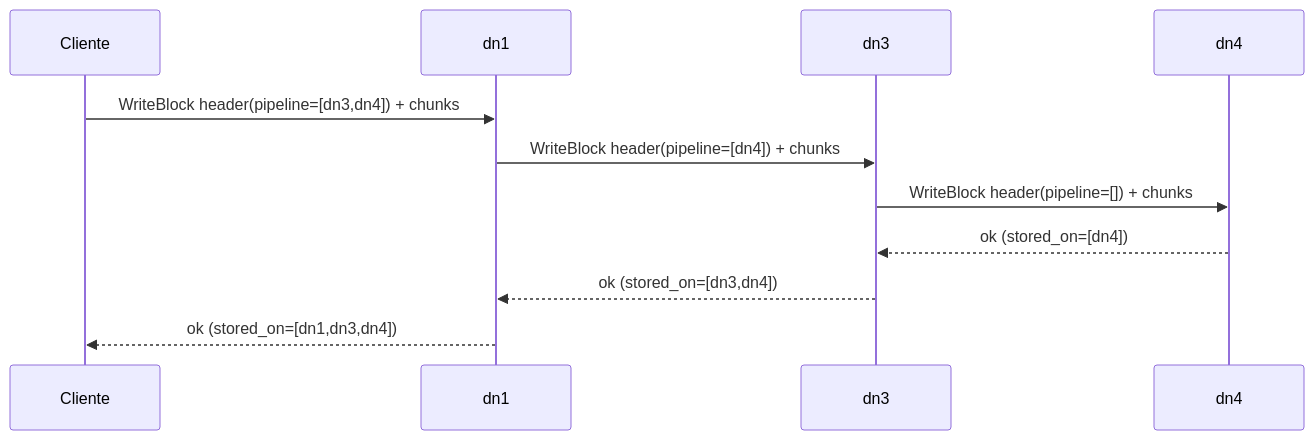
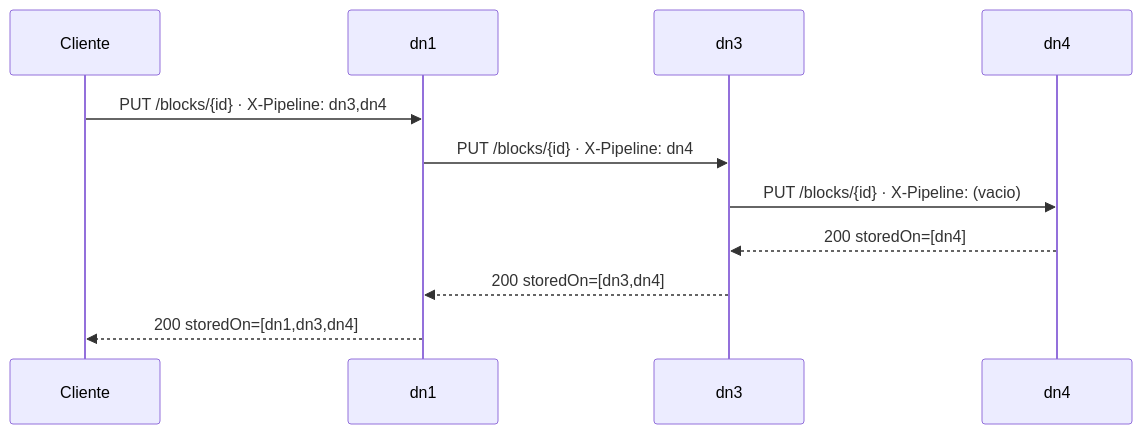
One commit to MiguelMontoya221004/DFSha changed the second of 5 diagrams in docs/comunicaciones.md. Above: the diagram before and after it, drawn with Mermaid. The commit also changed other lines of this file and 30 other files, not shown here.

````diff
--- a/docs/comunicaciones.md
+++ b/docs/comunicaciones.md
@@ -199,13 +214,13 @@
 ```mermaid
 sequenceDiagram
     participant C as Cliente
     participant D1 as dn1
     participant D3 as dn3
     participant D4 as dn4
-    C->>D1: WriteBlock header(pipeline=[dn3,dn4]) + chunks
-    D1->>D3: WriteBlock header(pipeline=[dn4]) + chunks
-    D3->>D4: WriteBlock header(pipeline=[]) + chunks
-    D4-->>D3: ok (stored_on=[dn4])
-    D3-->>D1: ok (stored_on=[dn3,dn4])
-    D1-->>C: ok (stored_on=[dn1,dn3,dn4])
+    C->>D1: PUT /blocks/{id} · X-Pipeline: dn3,dn4
+    D1->>D3: PUT /blocks/{id} · X-Pipeline: dn4
+    D3->>D4: PUT /blocks/{id} · X-Pipeline: (vacio)
+    D4-->>D3: 200 storedOn=[dn4]
+    D3-->>D1: 200 storedOn=[dn3,dn4]
+    D1-->>C: 200 storedOn=[dn1,dn3,dn4]
 ```
````
